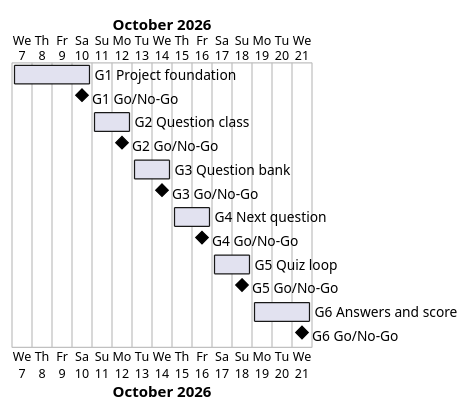
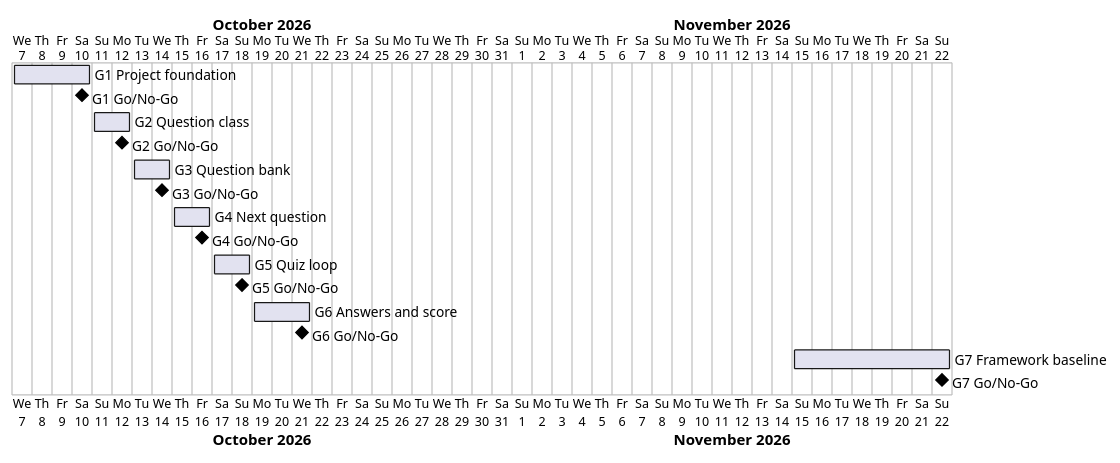
One commit to Tirsvad-Udemy-100-days-of-code/017-quiz-game-start changed the diagram in docs/project-plan.md. Above: the diagram before and after it, drawn with PlantUML. The commit also changed other lines of this file and 54 other files, not shown here.

First line of the commit message:
Bring the project to the framework baseline (MIL-007)

````diff
--- a/docs/project-plan.md
+++ b/docs/project-plan.md
@@ -42,17 +46,19 @@
 ```plantuml
 @startgantt
 Project starts 2026-10-07
 [G1 Project foundation] starts 2026-10-07 and ends 2026-10-10
 [G1 Go/No-Go] happens 2026-10-10
 [G2 Question class] starts 2026-10-11 and ends 2026-10-12
 [G2 Go/No-Go] happens 2026-10-12
 [G3 Question bank] starts 2026-10-13 and ends 2026-10-14
 [G3 Go/No-Go] happens 2026-10-14
 [G4 Next question] starts 2026-10-15 and ends 2026-10-16
 [G4 Go/No-Go] happens 2026-10-16
 [G5 Quiz loop] starts 2026-10-17 and ends 2026-10-18
 [G5 Go/No-Go] happens 2026-10-18
 [G6 Answers and score] starts 2026-10-19 and ends 2026-10-21
 [G6 Go/No-Go] happens 2026-10-21
+[G7 Framework baseline] starts 2026-11-15 and ends 2026-11-22
+[G7 Go/No-Go] happens 2026-11-22
 @endgantt
 ```
````
